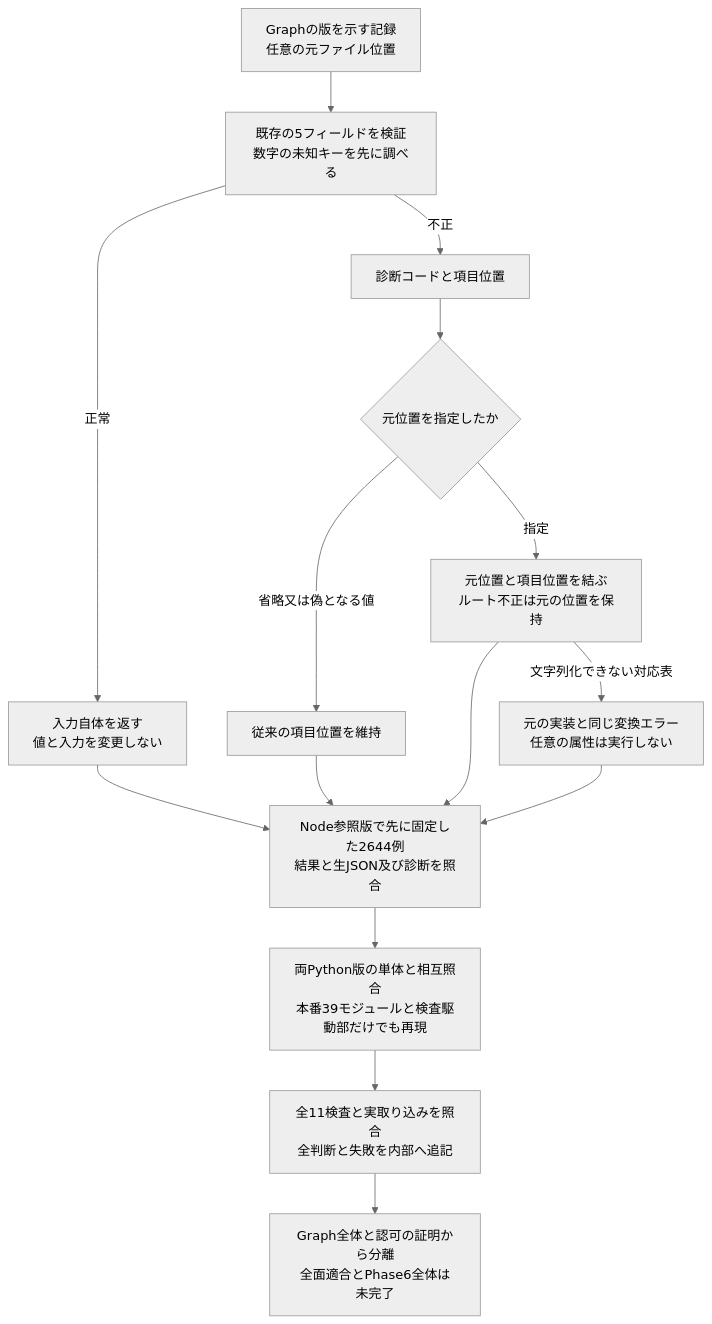
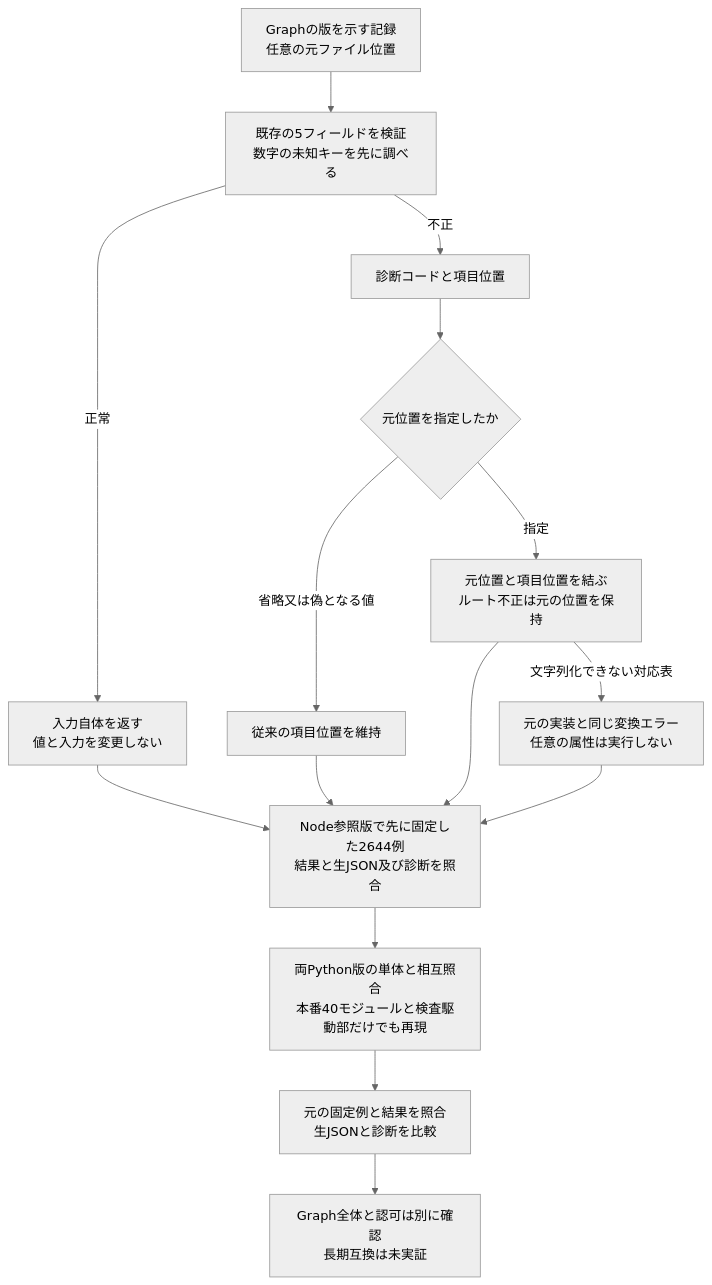
One commit to koukemo/morivyx changed the diagram in docs/diagrams/python-graph-revision.mmd. Above: the diagram before and after it, drawn with Mermaid (neutral theme). The commit also changed 23 other files, not shown here.

```diff
--- a/docs/diagrams/python-graph-revision.mmd
+++ b/docs/diagrams/python-graph-revision.mmd
@@ -1,15 +1,15 @@
 flowchart TD
   A[Graphの版を示す記録<br/>任意の元ファイル位置] --> B[既存の5フィールドを検証<br/>数字の未知キーを先に調べる]
   B -->|正常| C[入力自体を返す<br/>値と入力を変更しない]
   B -->|不正| D[診断コードと項目位置]
   D --> E{元位置を指定したか}
   E -->|省略又は偽となる値| F[従来の項目位置を維持]
   E -->|指定| G[元位置と項目位置を結ぶ<br/>ルート不正は元の位置を保持]
   G -->|文字列化できない対応表| H[元の実装と同じ変換エラー<br/>任意の属性は実行しない]
   C --> I[Node参照版で先に固定した2644例<br/>結果と生JSON及び診断を照合]
   F --> I
   G --> I
   H --> I
-  I --> J[両Python版の単体と相互照合<br/>本番39モジュールと検査駆動部だけでも再現]
-  J --> K[全11検査と実取り込みを照合<br/>全判断と失敗を内部へ追記]
-  K --> L[Graph全体と認可の証明から分離<br/>全面適合とPhase6全体は未完了]
+  I --> J[両Python版の単体と相互照合<br/>本番40モジュールと検査駆動部だけでも再現]
+  J --> K[元の固定例と結果を照合<br/>生JSONと診断を比較]
+  K --> L[Graph全体と認可は別に確認<br/>長期互換は未実証]
```
